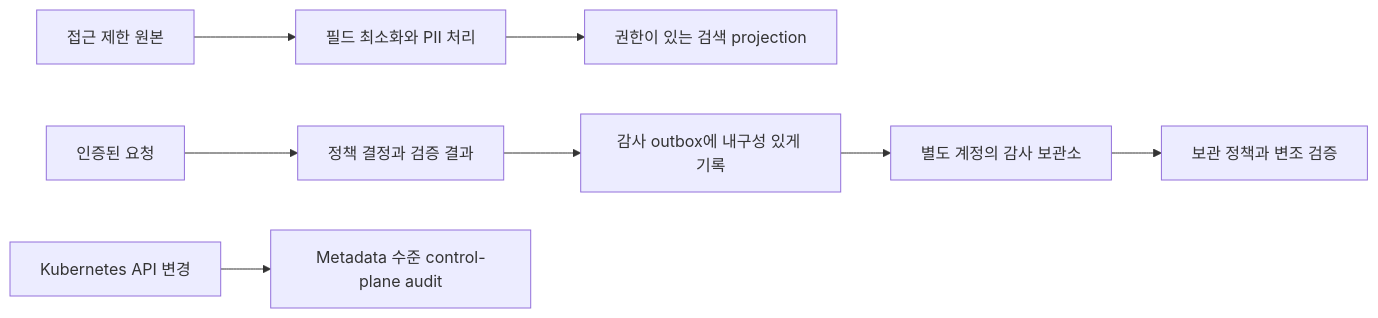
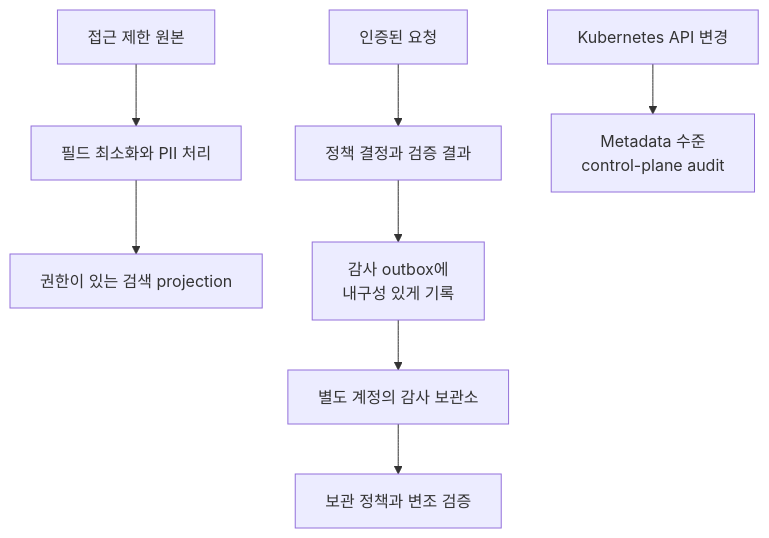
The diagram in assets/diagrams/frame-3-3.mmd (jay-jang/preparing-fde), drawn with Mermaid before and after one commit. The commit also changed 75 other files, not shown here.

```diff
--- a/assets/diagrams/frame-3-3.mmd
+++ b/assets/diagrams/frame-3-3.mmd
@@ -1,8 +1,8 @@
-flowchart LR
+flowchart TB
   RAW["접근 제한 원본"] --> MIN["필드 최소화와 PII 처리"]
   MIN --> IDX["권한이 있는 검색 projection"]
   REQ["인증된 요청"] --> DEC["정책 결정과 검증 결과"]
-  DEC --> OUT["감사 outbox에 내구성 있게 기록"]
+  DEC --> OUT["감사 outbox에<br/>내구성 있게 기록"]
   OUT --> W["별도 계정의 감사 보관소"]
   W --> ROOT["보관 정책과 변조 검증"]
-  CTRL["Kubernetes API 변경"] --> KA["Metadata 수준 control-plane audit"]
+  CTRL["Kubernetes API 변경"] --> KA["Metadata 수준<br/>control-plane audit"]
```
